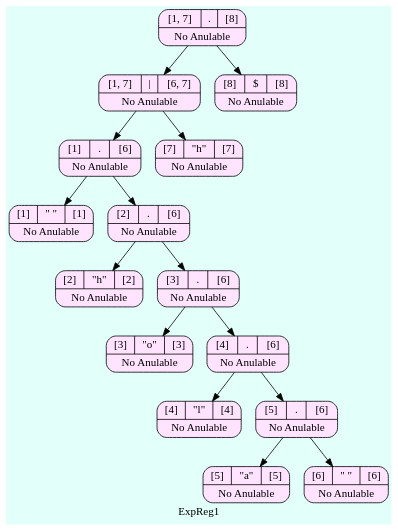
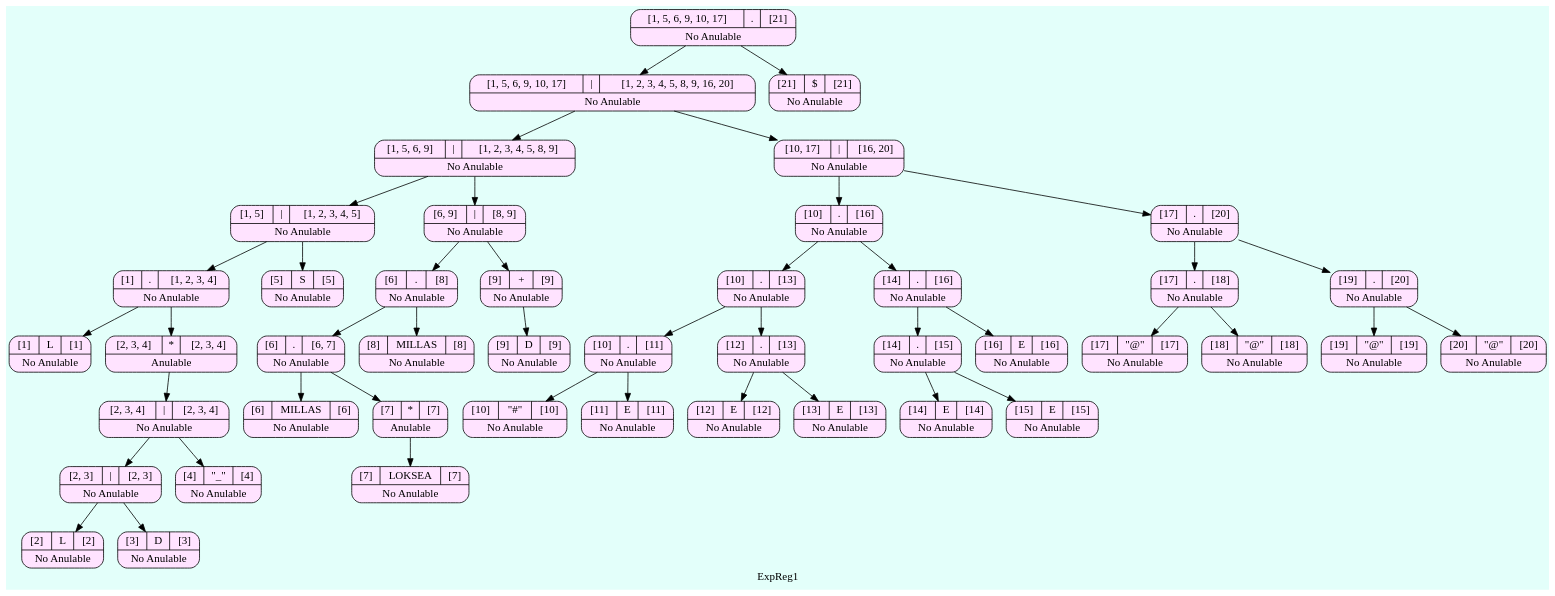
Before and after one commit to SergieArizandieta/OLC1-P1-202000119: the diagram in ARBOLES_202000119/Arbol_ExpReg1.dot, drawn with Graphviz. The commit also changed 14 other files, not shown here.

```diff
--- a/ARBOLES_202000119/Arbol_ExpReg1.dot
+++ b/ARBOLES_202000119/Arbol_ExpReg1.dot
@@ -1,35 +1,93 @@
 digraph structs {
   bgcolor = "#E3FFFA"
    node [shape=Mrecord fillcolor="#FFE3FF" style =filled];
 label ="ExpReg1"
-    struct179161051    [label="{{[1, 7]|<here>.|[8]}|No Anulable}"];
-    struct179161051-> struct1047634587
-    struct1047634587    [label="{{[1, 7]|<here>\||[6, 7]}|No Anulable}"];
-    struct1047634587-> struct1422922297
-    struct1422922297    [label="{{[1]|<here>.|[6]}|No Anulable}"];
-    struct1422922297-> struct1959631243
-    struct1959631243    [label="{{[1]|<here>\" \"|[1]}|No Anulable}"];
-    struct1422922297-> struct272239574
-    struct272239574    [label="{{[2]|<here>.|[6]}|No Anulable}"];
-    struct272239574-> struct594282032
-    struct594282032    [label="{{[2]|<here>\"h\"|[2]}|No Anulable}"];
-    struct272239574-> struct2012842430
-    struct2012842430    [label="{{[3]|<here>.|[6]}|No Anulable}"];
-    struct2012842430-> struct1868580619
-    struct1868580619    [label="{{[3]|<here>\"o\"|[3]}|No Anulable}"];
-    struct2012842430-> struct793019786
-    struct793019786    [label="{{[4]|<here>.|[6]}|No Anulable}"];
-    struct793019786-> struct1826245588
-    struct1826245588    [label="{{[4]|<here>\"l\"|[4]}|No Anulable}"];
-    struct793019786-> struct1473612680
-    struct1473612680    [label="{{[5]|<here>.|[6]}|No Anulable}"];
-    struct1473612680-> struct979424870
-    struct979424870    [label="{{[5]|<here>\"a\"|[5]}|No Anulable}"];
-    struct1473612680-> struct830696565
-    struct830696565    [label="{{[6]|<here>\" \"|[6]}|No Anulable}"];
-    struct1047634587-> struct263787898
-    struct263787898    [label="{{[7]|<here>\"h\"|[7]}|No Anulable}"];
-    struct179161051-> struct1951094478
-    struct1951094478    [label="{{[8]|<here>$|[8]}|No Anulable}"];
+    struct1404212412    [label="{{[1, 5, 6, 9, 10, 17]|<here>.|[21]}|No Anulable}"];
+    struct1404212412-> struct974353112
+    struct974353112    [label="{{[1, 5, 6, 9, 10, 17]|<here>\||[1, 2, 3, 4, 5, 8, 9, 16, 20]}|No Anulable}"];
+    struct974353112-> struct774361188
+    struct774361188    [label="{{[1, 5, 6, 9]|<here>\||[1, 2, 3, 4, 5, 8, 9]}|No Anulable}"];
+    struct774361188-> struct1250427783
+    struct1250427783    [label="{{[1, 5]|<here>\||[1, 2, 3, 4, 5]}|No Anulable}"];
+    struct1250427783-> struct232290590
+    struct232290590    [label="{{[1]|<here>.|[1, 2, 3, 4]}|No Anulable}"];
+    struct232290590-> struct746348495
+    struct746348495    [label="{{[1]|<here>L|[1]}|No Anulable}"];
+    struct232290590-> struct1011359444
+    struct1011359444    [label="{{[2, 3, 4]|<here>*|[2, 3, 4]}|Anulable}"];
+    struct1011359444-> struct911652577
+    struct911652577    [label="{{[2, 3, 4]|<here>\||[2, 3, 4]}|No Anulable}"];
+    struct911652577-> struct2013804988
+    struct2013804988    [label="{{[2, 3]|<here>\||[2, 3]}|No Anulable}"];
+    struct2013804988-> struct918848341
+    struct918848341    [label="{{[2]|<here>L|[2]}|No Anulable}"];
+    struct2013804988-> struct1241945575
+    struct1241945575    [label="{{[3]|<here>D|[3]}|No Anulable}"];
+    struct911652577-> struct1239733240
+    struct1239733240    [label="{{[4]|<here>\"_\"|[4]}|No Anulable}"];
+    struct1250427783-> struct1889064609
+    struct1889064609    [label="{{[5]|<here>S|[5]}|No Anulable}"];
+    struct774361188-> struct1658072524
+    struct1658072524    [label="{{[6, 9]|<here>\||[8, 9]}|No Anulable}"];
+    struct1658072524-> struct478361052
+    struct478361052    [label="{{[6]|<here>.|[8]}|No Anulable}"];
+    struct478361052-> struct1930911399
+    struct1930911399    [label="{{[6]|<here>.|[6, 7]}|No Anulable}"];
+    struct1930911399-> struct1166848954
+    struct1166848954    [label="{{[6]|<here>MILLAS|[6]}|No Anulable}"];
+    struct1930911399-> struct108350602
+    struct108350602    [label="{{[7]|<here>*|[7]}|Anulable}"];
+    struct108350602-> struct56472653
+    struct56472653    [label="{{[7]|<here>LOKSEA|[7]}|No Anulable}"];
+    struct478361052-> struct1257648359
+    struct1257648359    [label="{{[8]|<here>MILLAS|[8]}|No Anulable}"];
+    struct1658072524-> struct1791445856
+    struct1791445856    [label="{{[9]|<here>+|[9]}|No Anulable}"];
+    struct1791445856-> struct1182419886
+    struct1182419886    [label="{{[9]|<here>D|[9]}|No Anulable}"];
+    struct974353112-> struct678129904
+    struct678129904    [label="{{[10, 17]|<here>\||[16, 20]}|No Anulable}"];
+    struct678129904-> struct1407257618
+    struct1407257618    [label="{{[10]|<here>.|[16]}|No Anulable}"];
+    struct1407257618-> struct53330245
+    struct53330245    [label="{{[10]|<here>.|[13]}|No Anulable}"];
+    struct53330245-> struct387894709
+    struct387894709    [label="{{[10]|<here>.|[11]}|No Anulable}"];
+    struct387894709-> struct1686225750
+    struct1686225750    [label="{{[10]|<here>\"#\"|[10]}|No Anulable}"];
+    struct387894709-> struct1071366728
+    struct1071366728    [label="{{[11]|<here>E|[11]}|No Anulable}"];
+    struct53330245-> struct1376848671
+    struct1376848671    [label="{{[12]|<here>.|[13]}|No Anulable}"];
+    struct1376848671-> struct855836557
+    struct855836557    [label="{{[12]|<here>E|[12]}|No Anulable}"];
+    struct1376848671-> struct1500707272
+    struct1500707272    [label="{{[13]|<here>E|[13]}|No Anulable}"];
+    struct1407257618-> struct945469740
+    struct945469740    [label="{{[14]|<here>.|[16]}|No Anulable}"];
+    struct945469740-> struct1648956619
+    struct1648956619    [label="{{[14]|<here>.|[15]}|No Anulable}"];
+    struct1648956619-> struct1239242848
+    struct1239242848    [label="{{[14]|<here>E|[14]}|No Anulable}"];
+    struct1648956619-> struct128930858
+    struct128930858    [label="{{[15]|<here>E|[15]}|No Anulable}"];
+    struct945469740-> struct1783696938
+    struct1783696938    [label="{{[16]|<here>E|[16]}|No Anulable}"];
+    struct678129904-> struct1075097831
+    struct1075097831    [label="{{[17]|<here>.|[20]}|No Anulable}"];
+    struct1075097831-> struct1672085213
+    struct1672085213    [label="{{[17]|<here>.|[18]}|No Anulable}"];
+    struct1672085213-> struct509274246
+    struct509274246    [label="{{[17]|<here>\"@\"|[17]}|No Anulable}"];
+    struct1672085213-> struct2081985849
+    struct2081985849    [label="{{[18]|<here>\"@\"|[18]}|No Anulable}"];
+    struct1075097831-> struct426672597
+    struct426672597    [label="{{[19]|<here>.|[20]}|No Anulable}"];
+    struct426672597-> struct899537715
+    struct899537715    [label="{{[19]|<here>\"@\"|[19]}|No Anulable}"];
+    struct426672597-> struct2085231582
+    struct2085231582    [label="{{[20]|<here>\"@\"|[20]}|No Anulable}"];
+    struct1404212412-> struct1145301043
+    struct1145301043    [label="{{[21]|<here>$|[21]}|No Anulable}"];
 
 }
```
